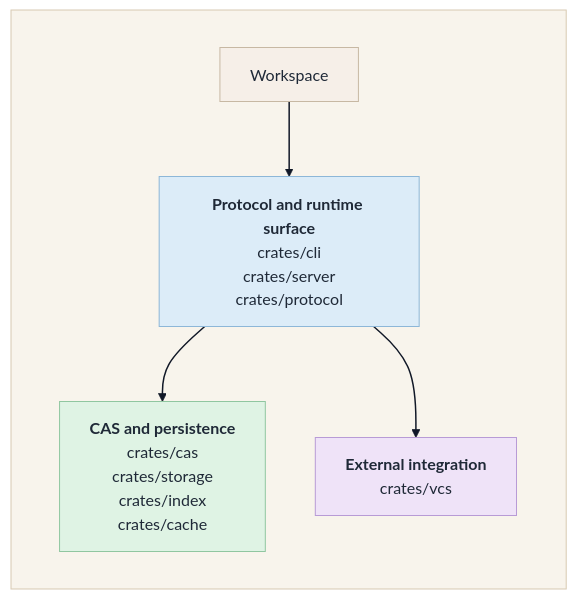
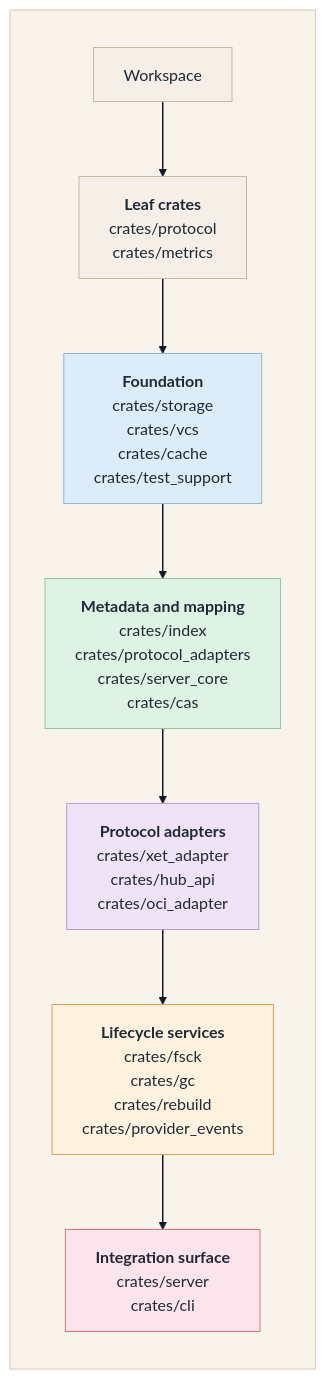
The fourth of 4 diagrams in docs/ARCHITECTURE.md (STEXS-Technologies/shardline), drawn with Mermaid before and after one commit. The commit also changed other lines of this file and 3 other files, not shown here.

First line of the commit message:
docs: update ARCHITECTURE.md, DEPLOYMENT.md, HUGGINGFACE_HUB_API.md, TODO.md

````diff
--- a/docs/ARCHITECTURE.md
+++ b/docs/ARCHITECTURE.md
@@ -194,25 +201,37 @@
 ```mermaid
 flowchart TD
   subgraph Canvas[ ]
     direction TD
     Workspace[Workspace]
-    Surface["<b>Protocol and runtime surface</b><br/>crates/cli<br/>crates/server<br/>crates/protocol"]
-    Data["<b>CAS and persistence</b><br/>crates/cas<br/>crates/storage<br/>crates/index<br/>crates/cache"]
-    Integration["<b>External integration</b><br/>crates/vcs"]
+    Leaf["<b>Leaf crates</b><br/>crates/protocol<br/>crates/metrics"]
+    Foundation["<b>Foundation</b><br/>crates/storage<br/>crates/vcs<br/>crates/cache<br/>crates/test_support"]
+    Middle["<b>Metadata and mapping</b><br/>crates/index<br/>crates/protocol_adapters<br/>crates/server_core<br/>crates/cas"]
+    Adapters["<b>Protocol adapters</b><br/>crates/xet_adapter<br/>crates/hub_api<br/>crates/oci_adapter"]
+    Lifecycle["<b>Lifecycle services</b><br/>crates/fsck<br/>crates/gc<br/>crates/rebuild<br/>crates/provider_events"]
+    Integration["<b>Integration surface</b><br/>crates/server<br/>crates/cli"]
   end
 
-  Workspace --> Surface
-  Surface --> Data
-  Surface --> Integration
+  Workspace --> Leaf
+  Leaf --> Foundation
+  Foundation --> Middle
+  Middle --> Adapters
+  Adapters --> Lifecycle
+  Lifecycle --> Integration
 
   classDef root fill:#f6efe8,stroke:#c7b8a3,color:#1f2937;
-  classDef surface fill:#dcecf8,stroke:#8db7d8,color:#1f2937;
-  classDef data fill:#dff3e4,stroke:#90c6a0,color:#1f2937;
-  classDef integration fill:#efe3f8,stroke:#b89bd6,color:#1f2937;
+  classDef leaf fill:#f6efe8,stroke:#c7b8a3,color:#1f2937;
+  classDef foundation fill:#dcecf8,stroke:#8db7d8,color:#1f2937;
+  classDef middle fill:#dff3e4,stroke:#90c6a0,color:#1f2937;
+  classDef adapter fill:#efe3f8,stroke:#b89bd6,color:#1f2937;
+  classDef lifecycle fill:#fff3e0,stroke:#e0a050,color:#1f2937;
+  classDef integration fill:#fce4ec,stroke:#e57373,color:#1f2937;
   style Canvas fill:#f8f4ec,stroke:#d7c9b2,color:#1f2937;
   class Workspace root;
-  class Surface surface;
-  class Data data;
+  class Leaf leaf;
+  class Foundation foundation;
+  class Middle middle;
+  class Adapters adapter;
+  class Lifecycle lifecycle;
   class Integration integration;
   linkStyle default stroke:#111827,stroke-width:1.5px;
 ```
````
